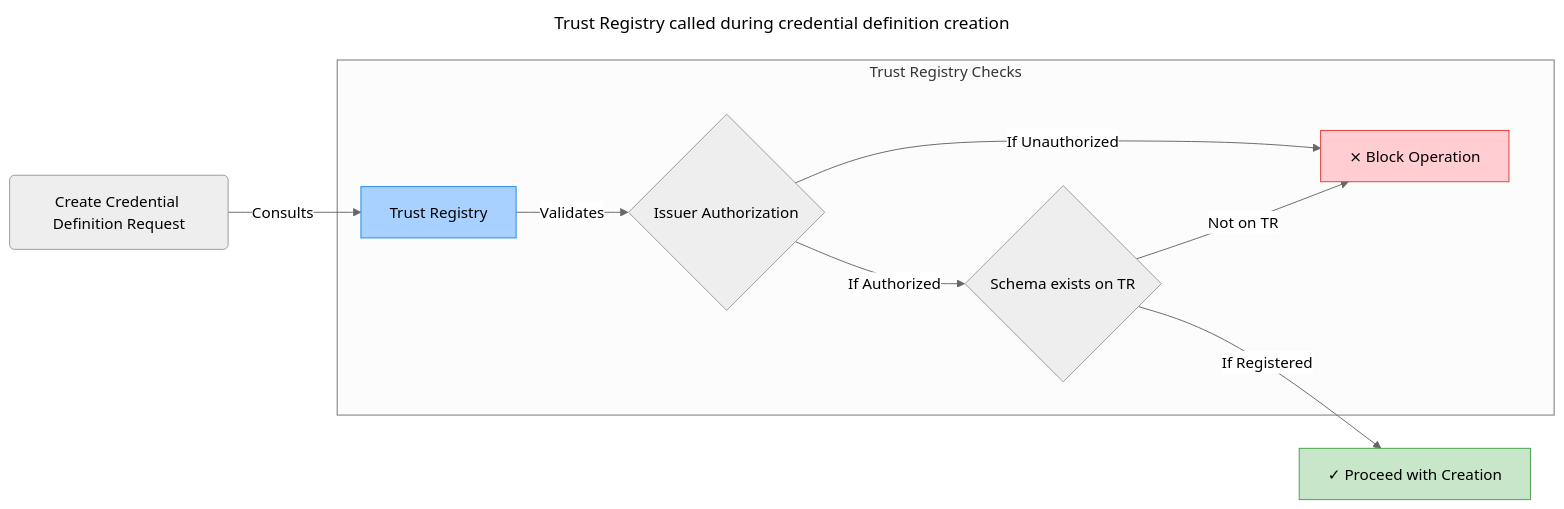
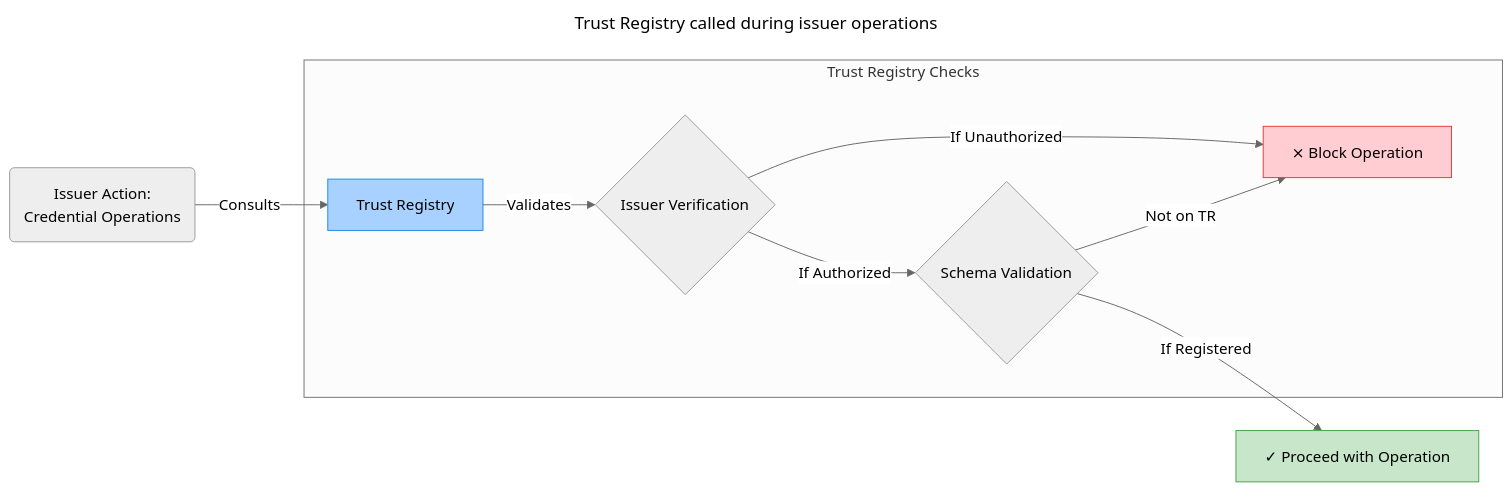
The first of 2 diagrams in docs/Trust Registry.md (didx-xyz/aries-cloudapi-python), drawn with Mermaid (neutral theme) before and after one commit. The commit also changed other lines of this file, not shown here.

Commit message:
:art: Update docs and reduce charts to 1 for issuer and 1 for verifier

````diff
--- a/docs/Trust Registry.md
+++ b/docs/Trust Registry.md
@@ -72,18 +79,18 @@
 ```mermaid
 ---
-title: Trust Registry called during credential definition creation
+title: Trust Registry called during issuer operations
 ---
 flowchart LR
-    App(Create Credential Definition Request) -->|Consults| TR[Trust Registry]
+    App(Issuer Action:<br>Credential Operations) -->|Consults| TR[Trust Registry]
     subgraph Trust Registry Checks
-      TR -->|Validates| Check1{Issuer Authorization}
+      TR -->|Validates| Check1{Issuer Verification}
       Check1 -->|If Unauthorized| Block[⨯ Block Operation]
-      Check1 -->|If Authorized| Check2{Schema exists on TR}
+      Check1 -->|If Authorized| Check2{Schema Validation}
       Check2 -->|Not on TR| Block
     end
-    Check2 -->|If Registered| Continue[✓ Proceed with Creation]
-    
+    Check2 -->|If Registered| Continue[✓ Proceed with Operation]
+
     style TR fill:#a8d1ff,stroke:#1e88e5,color:black
     style Block fill:#ffcdd2,stroke:#e53935,color:black
     style Continue fill:#c8e6c9,stroke:#43a047,color:black
 ```
````
